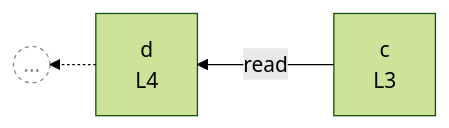
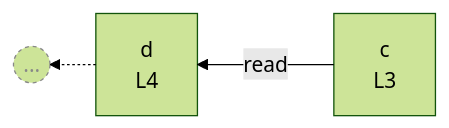
The diagram in integration/fixtures/declaration/const/chain-five/pruned-c-a1/preview.md (crescware/unsnarl), drawn with Mermaid (forest theme) before and after one commit. The commit also changed 75 other files, not shown here.

First line of the commit message:
Let boundary stub nodes inherit the default Mermaid node background

````diff
--- a/integration/fixtures/declaration/const/chain-five/pruned-c-a1/preview.md
+++ b/integration/fixtures/declaration/const/chain-five/pruned-c-a1/preview.md
@@ -21,12 +21,12 @@
 ```mermaid
 %%{init: {"flowchart": {"defaultRenderer": "elk"}}}%%
 flowchart RL
   %% pruning roots c=1 ancestors=0 descendants=1
   n_scope_0_c_32["c<br/>L3"]
   n_scope_0_d_45["d<br/>L4"]
   n_scope_0_c_32 -->|read| n_scope_0_d_45
   boundary_stub_1((...))
   n_scope_0_d_45 -.-> boundary_stub_1
-  classDef boundaryStub fill:transparent,stroke:#888,stroke-dasharray:3 3,color:#888;
+  classDef boundaryStub stroke:#888,stroke-dasharray:3 3,color:#888;
   class boundary_stub_1 boundaryStub;
 ```
````
